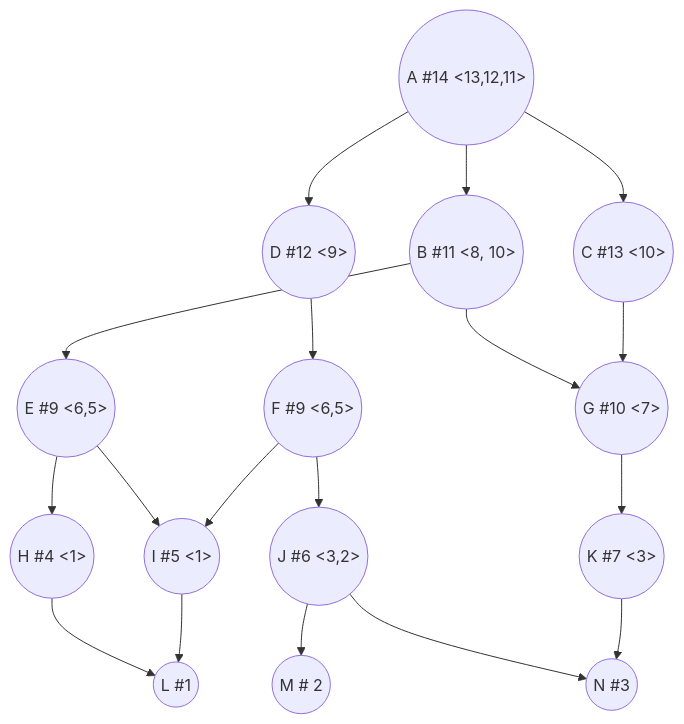
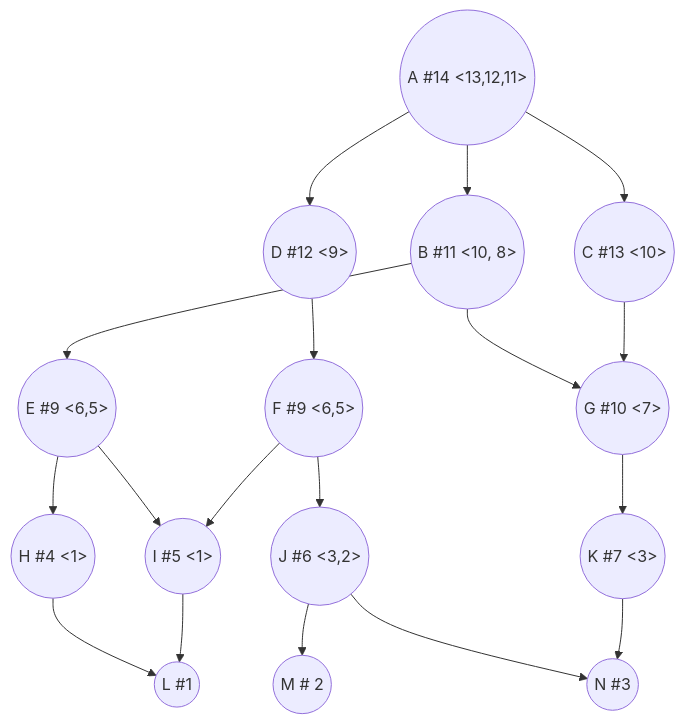
The third of 4 diagrams in task_9/zavod_dao.md (HSE-algo-23-owl/manual_tasks), drawn with Mermaid before and after one commit. The commit also changed other lines of this file, not shown here.

Commit message:
доделали 9 задание

````diff
--- a/task_9/zavod_dao.md
+++ b/task_9/zavod_dao.md
@@ -113,20 +113,20 @@
 ```mermaid
 graph TB
 A((A #14 <13,12,11>))-->D((D #12 <9>))
-A-->B((B #11 <8, 10>))
+A-->B((B #11 <10, 8>))
 A-->C((C #13 <10>))
 B --> E((E #9 <6,5>))
 B --> G((G #10 <7>))
 C --> G((G #10 <7>))
 D --> F((F #9 <6,5>))
 E --> H((H #4 <1>))
 E --> I((I #5 <1>))
 F --> I
 F --> J((J #6 <3,2>))
 G --> K((K #7 <3>))
 H --> L((L #1))
 I --> L
 J --> M((M # 2))
 J --> N((N #3))
 K --> N
 ```
````
